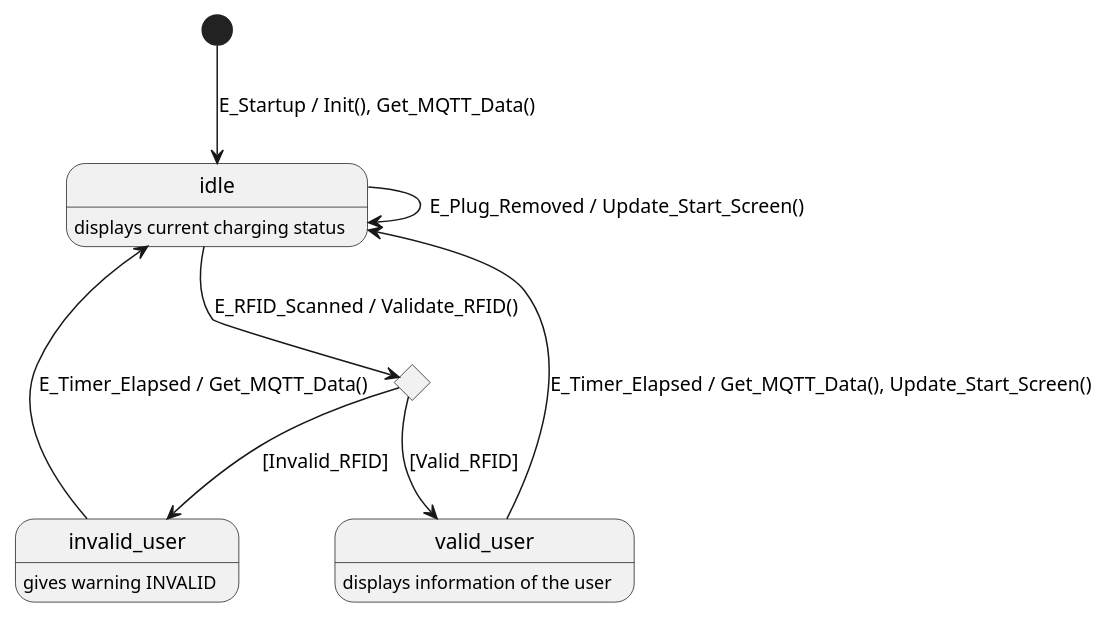
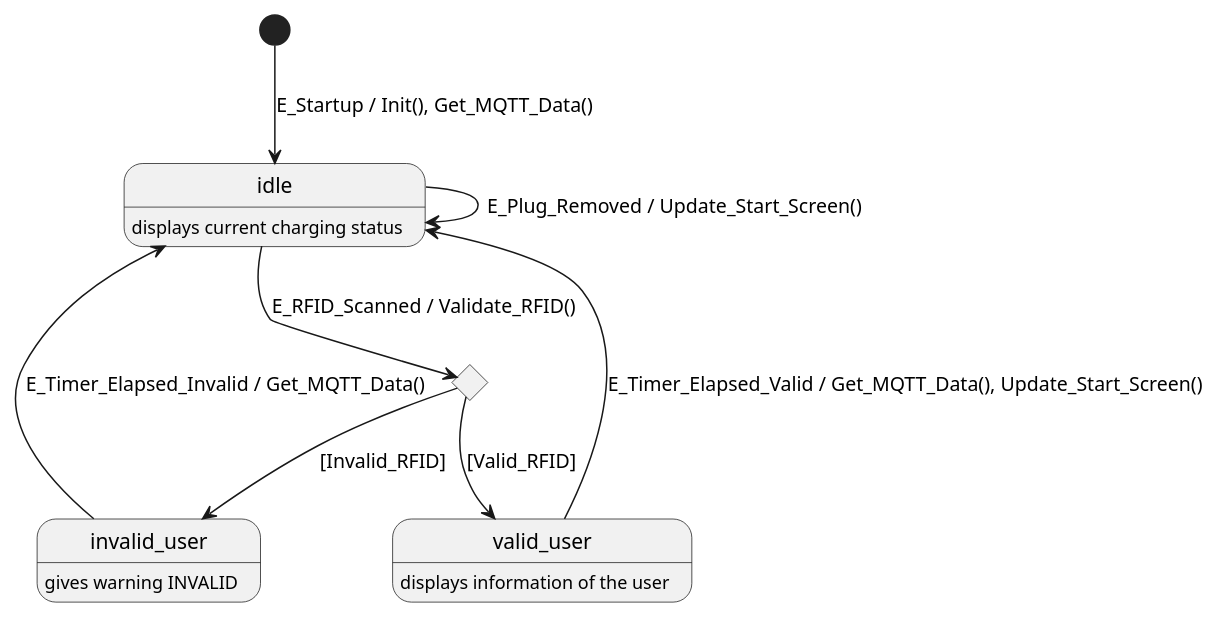
The diagram in State_machine.puml (Marijnland/team_charge), drawn with PlantUML before and after one commit. The commit also changed 5 other files, not shown here.

```diff
--- a/State_machine.puml
+++ b/State_machine.puml
@@ -1,20 +1,20 @@
 @startuml GUI state machine
 [*] --> idle : E_Startup / Init(), Get_MQTT_Data() 
 
 state valid <<choice>>
 idle : displays current charging status 
 idle --> valid : E_RFID_Scanned / Validate_RFID()
 idle --> idle : E_Plug_Removed / Update_Start_Screen()
 
 
 valid --> invalid_user : [Invalid_RFID]
 valid --> valid_user : [Valid_RFID]
 
 invalid_user : gives warning INVALID 
-invalid_user --> idle : E_Timer_Elapsed / Get_MQTT_Data()
+invalid_user --> idle : E_Timer_Elapsed_Invalid / Get_MQTT_Data()
 
 valid_user : displays information of the user
-valid_user --> idle : E_Timer_Elapsed / Get_MQTT_Data(), Update_Start_Screen()
+valid_user --> idle : E_Timer_Elapsed_Valid / Get_MQTT_Data(), Update_Start_Screen()
 
 
 @enduml
```
